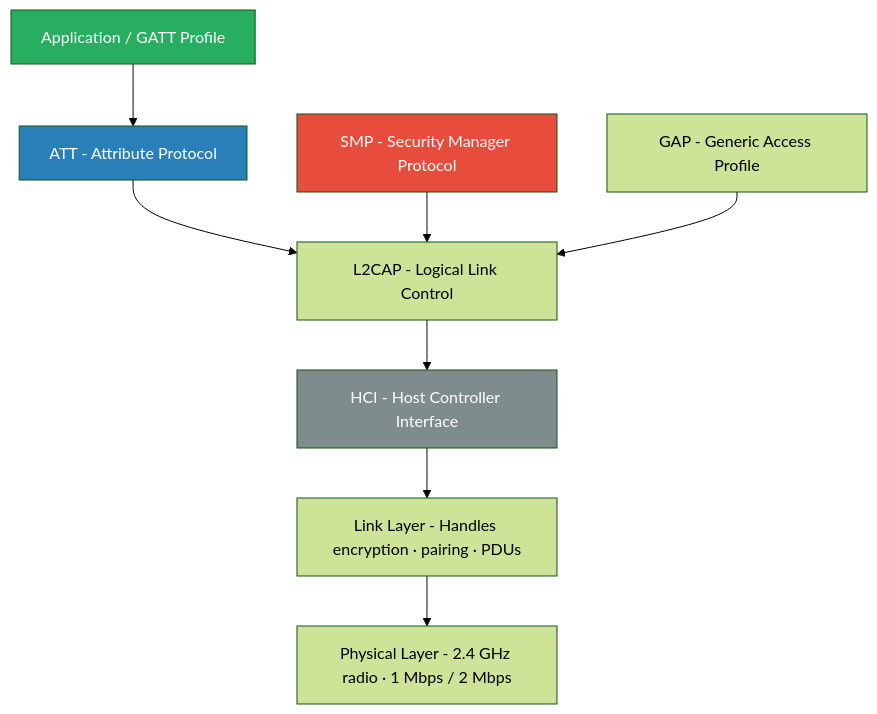
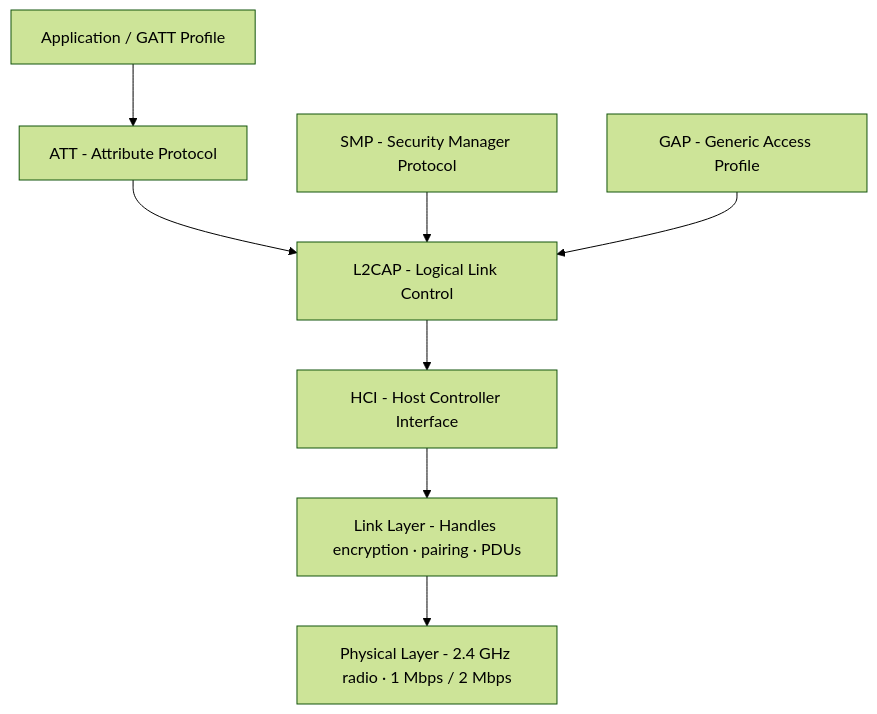
The first of 9 diagrams in content/blog/godrej-smart-matic.md (V33RU/veera.github.io), drawn with Mermaid (forest theme) before and after one commit. The commit also changed other lines of this file, not shown here.

````diff
--- a/content/blog/godrej-smart-matic.md
+++ b/content/blog/godrej-smart-matic.md
@@ -87,16 +87,11 @@
 ```mermaid
 graph TB
     A[Application / GATT Profile] --> B[ATT - Attribute Protocol]
     B --> C[L2CAP - Logical Link Control]
     C --> D[HCI - Host Controller Interface]
     D --> E[Link Layer - Handles encryption · pairing · PDUs]
     E --> F[Physical Layer - 2.4 GHz radio · 1 Mbps / 2 Mbps]
 
     G[SMP - Security Manager Protocol] --> C
     H[GAP - Generic Access Profile] --> C
-
-    style A fill:#27ae60,color:#fff
-    style B fill:#2980b9,color:#fff
-    style G fill:#e74c3c,color:#fff
-    style D fill:#7f8c8d,color:#fff
 ```
````
